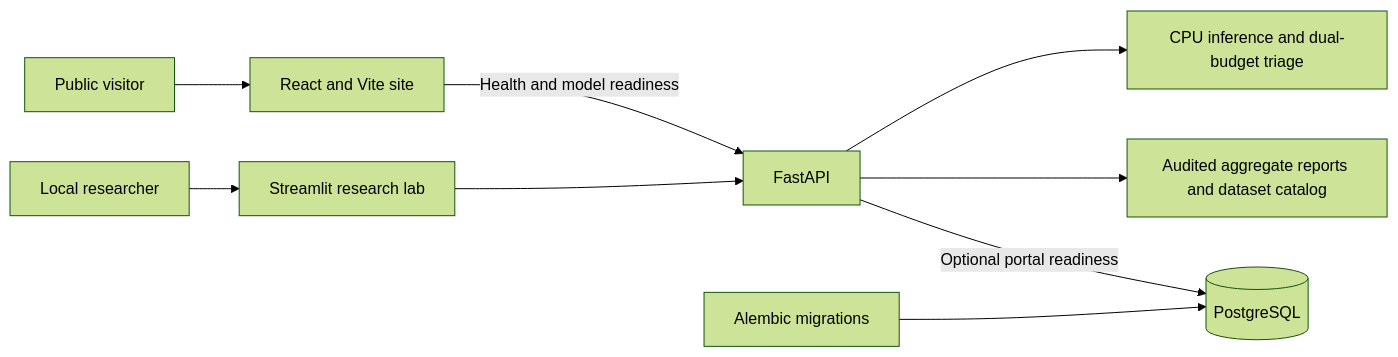
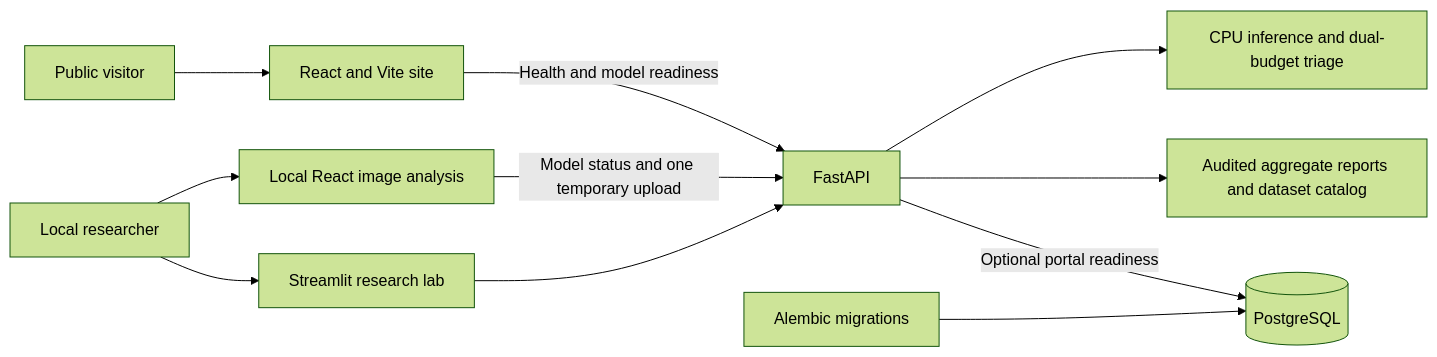
One commit to Riteshhai/Retina-Opthalmology changed the diagram in docs/QSART_X_ROADMAP.md. Above: the diagram before and after it, drawn with Mermaid (forest theme). The commit also changed other lines of this file and 22 other files, not shown here.

Commit message:
Connect local QSART-X workspace to trained inference

````diff
--- a/docs/QSART_X_ROADMAP.md
+++ b/docs/QSART_X_ROADMAP.md
@@ -11,11 +11,13 @@
 ```mermaid
 flowchart LR
     Visitor[Public visitor] --> Web[React and Vite site]
     Web -->|Health and model readiness| Api[FastAPI]
+    Researcher --> Workspace[Local React image analysis]
+    Workspace -->|Model status and one temporary upload| Api
     Researcher[Local researcher] --> Lab[Streamlit research lab]
     Lab --> Api
     Api --> ML[CPU inference and dual-budget triage]
     Api --> Reports[Audited aggregate reports and dataset catalog]
     Api -->|Optional portal readiness| DB[(PostgreSQL)]
     Alembic[Alembic migrations] --> DB
 ```
````
